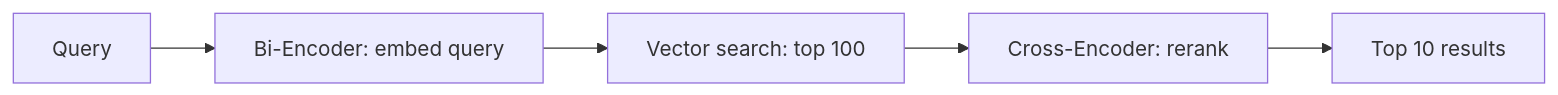
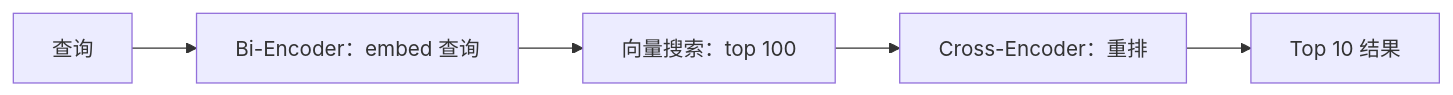
The third of 3 diagrams in phases/11-llm-engineering/04-embeddings/docs/zh-CN.md (husky1102/ai-engineering-from-scratch-zh), drawn with Mermaid before and after one commit. The commit also changed other lines of this file and 1 other file, not shown here.

````diff
--- a/phases/11-llm-engineering/04-embeddings/docs/zh-CN.md
+++ b/phases/11-llm-engineering/04-embeddings/docs/zh-CN.md
@@ -192,7 +192,7 @@
 ```mermaid
 graph LR
-    Q["Query"] --> BE["Bi-Encoder: embed query"]
-    BE --> VS["Vector search: top 100"]
-    VS --> CE["Cross-Encoder: rerank"]
-    CE --> R["Top 10 results"]
+    Q["查询"] --> BE["Bi-Encoder：embed 查询"]
+    BE --> VS["向量搜索：top 100"]
+    VS --> CE["Cross-Encoder：重排"]
+    CE --> R["Top 10 结果"]
 ```
````
